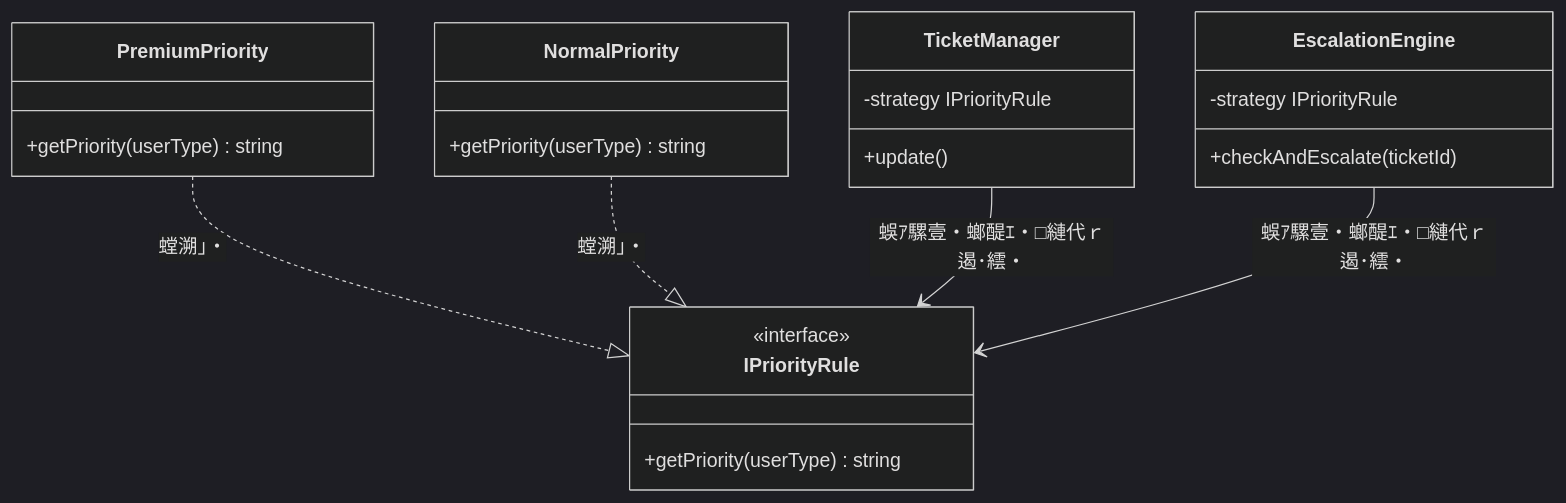
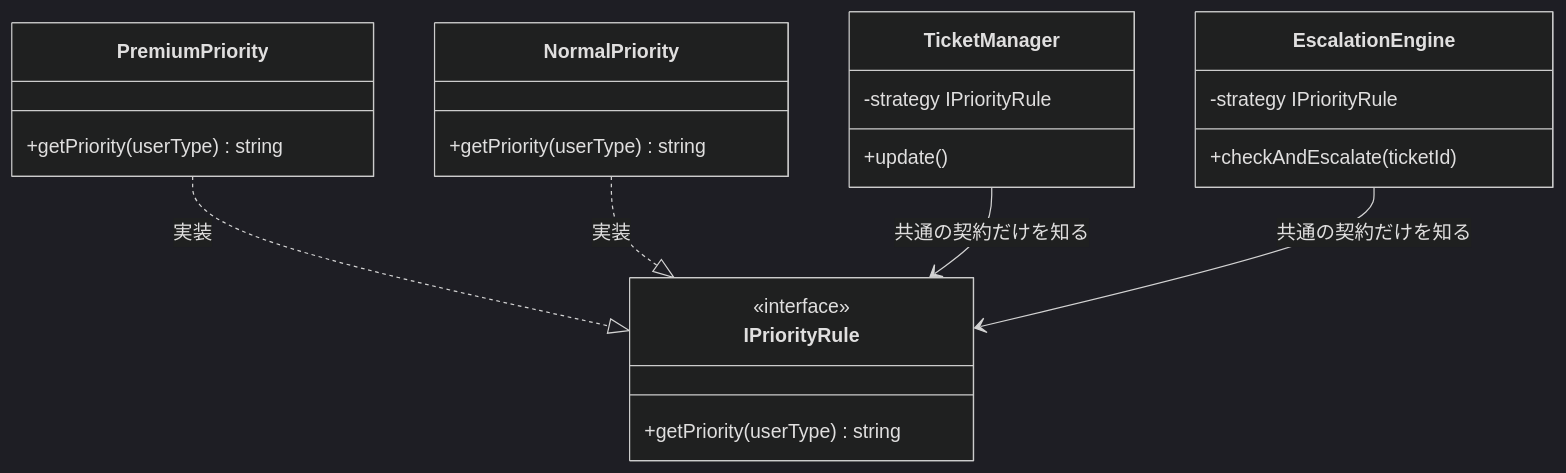
One commit to kumachan1101-pixel/DesignPattern changed the sixth of 11 diagrams in kindle/design-patterns/output/chapter09_2.md. Above: the diagram before and after it, drawn with Mermaid (dark theme). The commit also changed other lines of this file and 5 other files, not shown here.

````diff
--- a/kindle/design-patterns/output/chapter09_2.md
+++ b/kindle/design-patterns/output/chapter09_2.md
@@ -755,25 +769,25 @@
 ```mermaid
 classDiagram
     class IPriorityRule {
         <<interface>>
         +getPriority(userType) string
     }
     class TicketManager {
         -strategy IPriorityRule
         +update()
     }
     class EscalationEngine {
         -strategy IPriorityRule
         +checkAndEscalate(ticketId)
     }
     class PremiumPriority {
         +getPriority(userType) string
     }
     class NormalPriority {
         +getPriority(userType) string
     }
-    PremiumPriority ..|> IPriorityRule : 螳溯｣・
-    NormalPriority ..|> IPriorityRule : 螳溯｣・
-    TicketManager --> IPriorityRule : 蜈ｱ騾壹・螂醍ｴ・□縺代ｒ遏･繧・
-    EscalationEngine --> IPriorityRule : 蜈ｱ騾壹・螂醍ｴ・□縺代ｒ遏･繧・
+    PremiumPriority ..|> IPriorityRule : 実装
+    NormalPriority ..|> IPriorityRule : 実装
+    TicketManager --> IPriorityRule : 共通の契約だけを知る
+    EscalationEngine --> IPriorityRule : 共通の契約だけを知る
 ```
````
